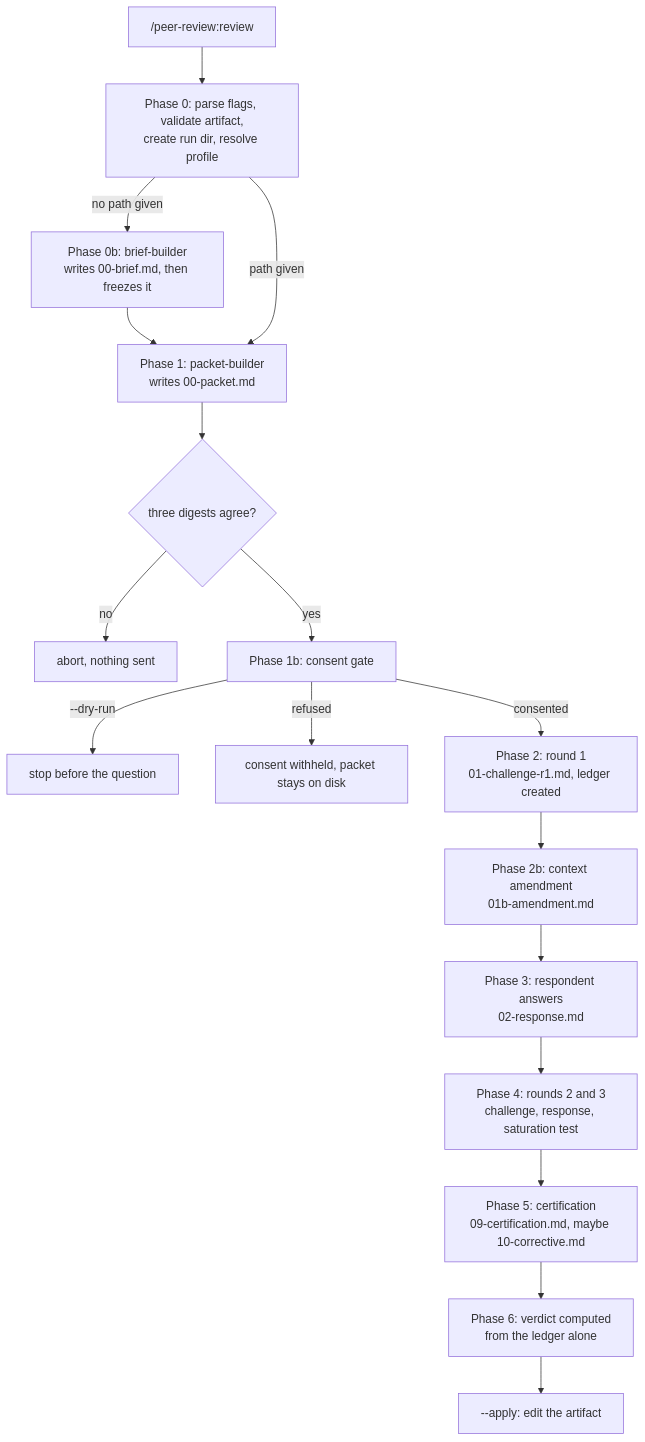
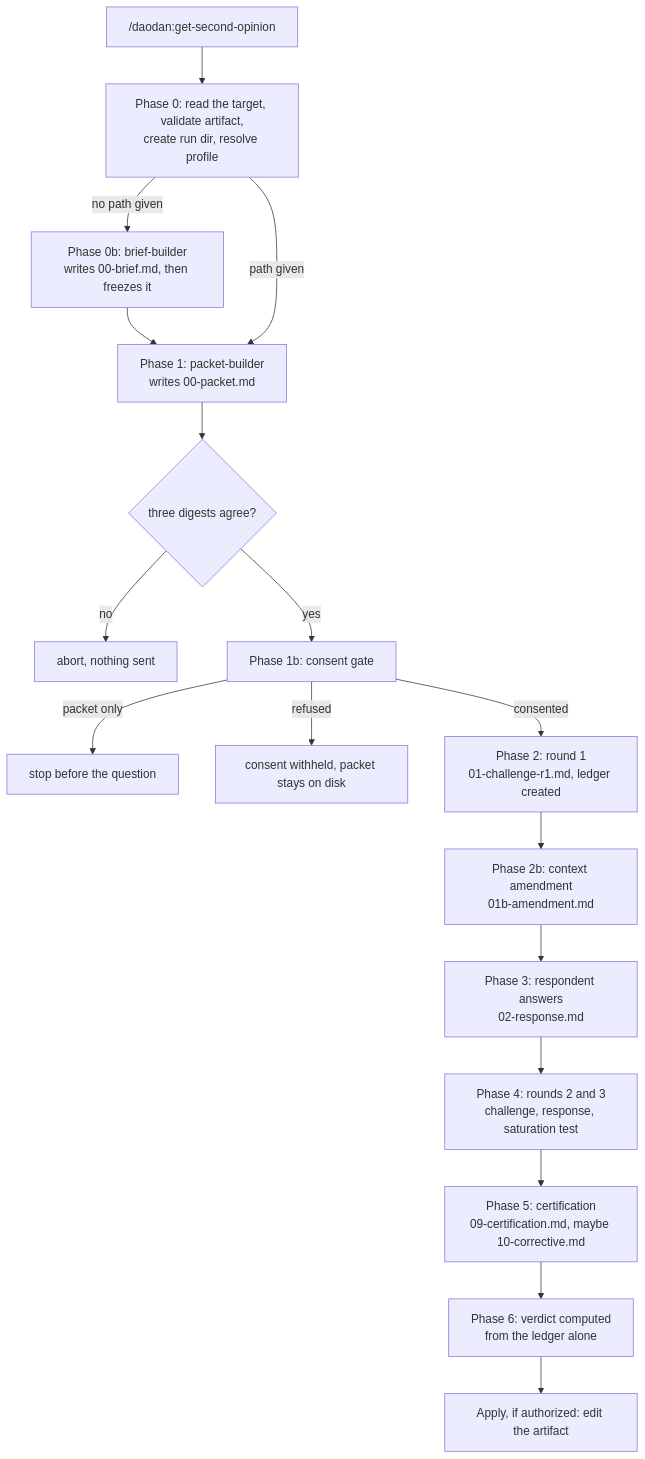
The diagram in docs/plugins/peer-review-walkthrough.md (acaprino/daodan), drawn with Mermaid before and after one commit. The commit also changed other lines of this file and 1822 other files, not shown here.

````diff
--- a/docs/plugins/peer-review-walkthrough.md
+++ b/docs/plugins/peer-review-walkthrough.md
@@ -63,19 +63,19 @@
 ```mermaid
 flowchart TD
-    CMD["/peer-review:review"] --> P0["Phase 0: parse flags, validate artifact,<br/>create run dir, resolve profile"]
+    CMD["/daodan:get-second-opinion"] --> P0["Phase 0: read the target, validate artifact,<br/>create run dir, resolve profile"]
     P0 -->|"no path given"| P0b["Phase 0b: brief-builder<br/>writes 00-brief.md, then freezes it"]
     P0b --> P1
     P0 -->|"path given"| P1["Phase 1: packet-builder<br/>writes 00-packet.md"]
     P1 --> DG{"three digests agree?"}
     DG -->|"no"| X1["abort, nothing sent"]
     DG -->|"yes"| P1b["Phase 1b: consent gate"]
-    P1b -->|"--dry-run"| X2["stop before the question"]
+    P1b -->|"packet only"| X2["stop before the question"]
     P1b -->|"refused"| X3["consent withheld, packet stays on disk"]
     P1b -->|"consented"| P2["Phase 2: round 1<br/>01-challenge-r1.md, ledger created"]
     P2 --> P2b["Phase 2b: context amendment<br/>01b-amendment.md"]
     P2b --> P3["Phase 3: respondent answers<br/>02-response.md"]
     P3 --> P4["Phase 4: rounds 2 and 3<br/>challenge, response, saturation test"]
     P4 --> P5["Phase 5: certification<br/>09-certification.md, maybe 10-corrective.md"]
     P5 --> P6["Phase 6: verdict computed<br/>from the ledger alone"]
-    P6 --> AP["--apply: edit the artifact"]
+    P6 --> AP["Apply, if authorized: edit the artifact"]
 ```
````
